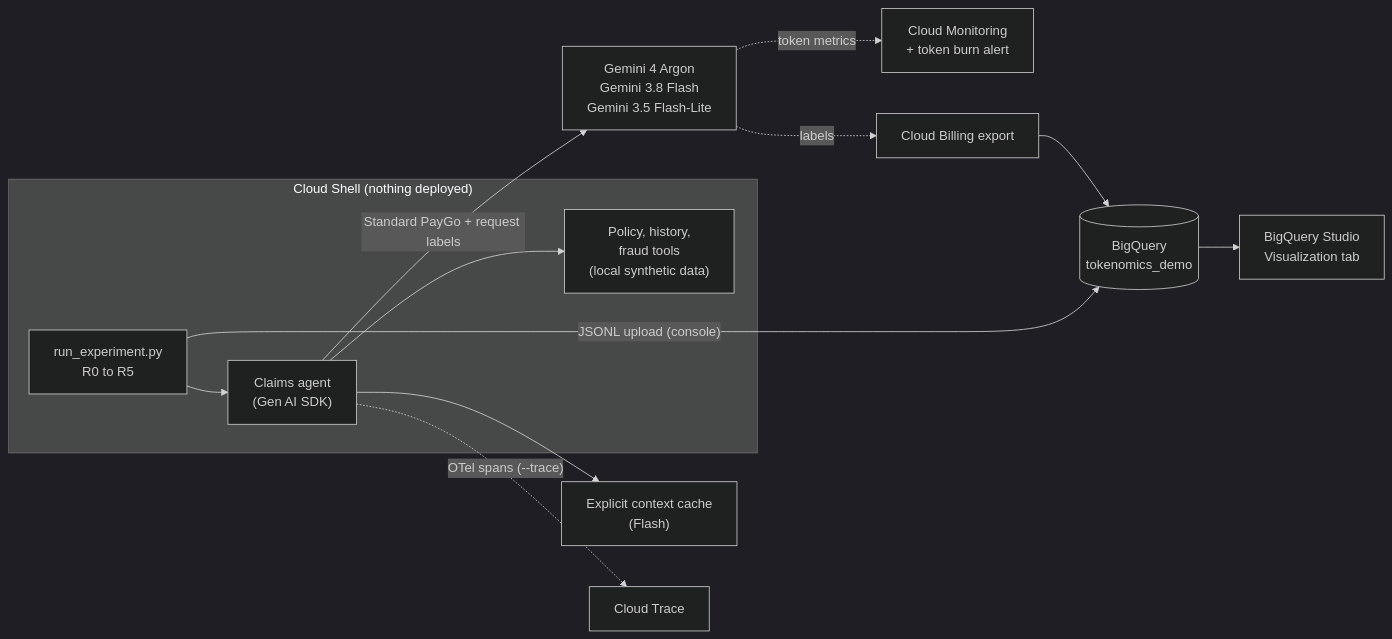
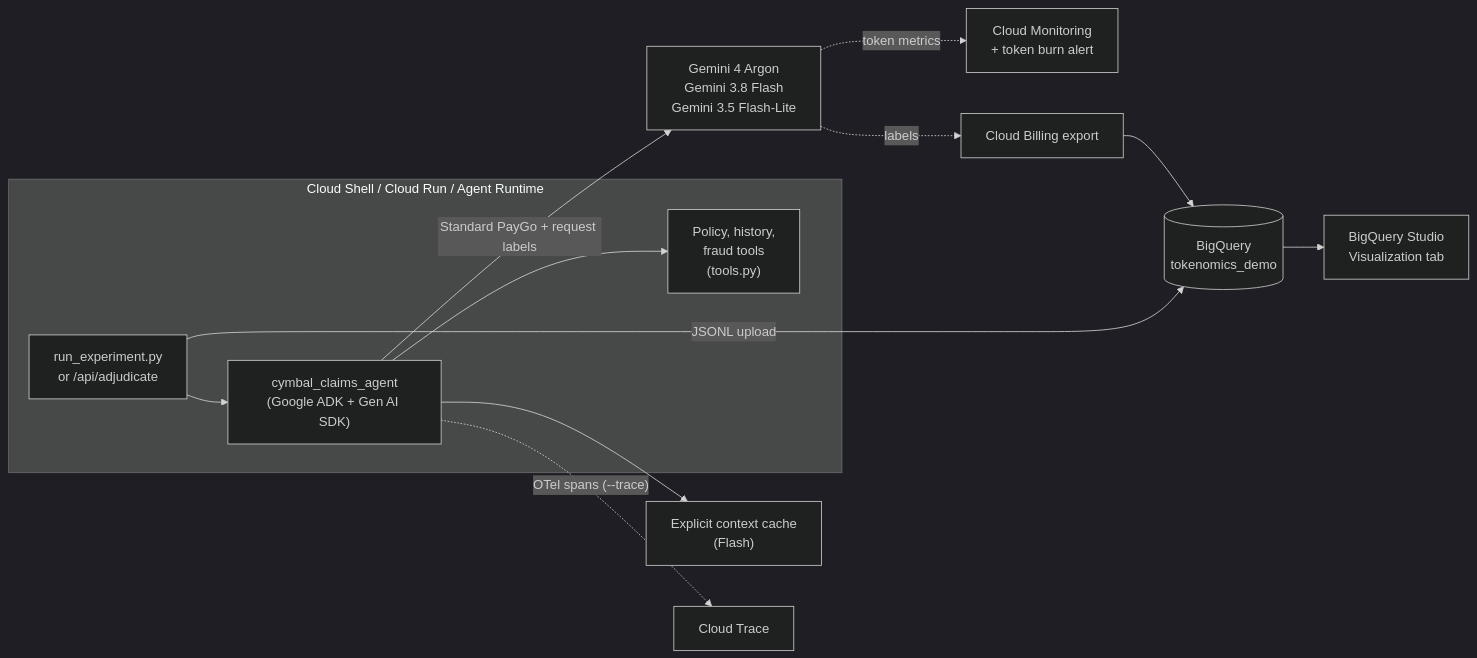
One commit to Rajdipc/tokenomics-paygo-demo changed the second of 2 diagrams in README.md. Above: the diagram before and after it, drawn with Mermaid (dark theme). The commit also changed other lines of this file and 20 other files, not shown here.

Commit message:
feat(agent,deploy): add Google ADK cymbal_claims_agent package & Cloud Run / Agent Runtime deployment scripts

````diff
--- a/README.md
+++ b/README.md
@@ -119,15 +239,15 @@
 ```mermaid
 flowchart LR
-  subgraph CS["Cloud Shell (nothing deployed)"]
-    R["run_experiment.py<br/>R0 to R5"] --> AG["Claims agent<br/>(Gen AI SDK)"]
-    AG --> T["Policy, history,<br/>fraud tools<br/>(local synthetic data)"]
+  subgraph RUNTIME["Cloud Shell / Cloud Run / Agent Runtime"]
+    R["run_experiment.py<br/>or /api/adjudicate"] --> AG["cymbal_claims_agent<br/>(Google ADK + Gen AI SDK)"]
+    AG --> T["Policy, history,<br/>fraud tools<br/>(tools.py)"]
   end
   AG -->|"Standard PayGo + request labels"| G["Gemini 4 Argon<br/>Gemini 3.8 Flash<br/>Gemini 3.5 Flash-Lite"]
   AG --> C["Explicit context cache<br/>(Flash)"]
   AG -. "OTel spans (--trace)" .-> TR["Cloud Trace"]
   G -. "token metrics" .-> M["Cloud Monitoring<br/>+ token burn alert"]
   G -. "labels" .-> B["Cloud Billing export"]
-  R -->|"JSONL upload (console)"| BQ[("BigQuery<br/>tokenomics_demo")]
+  R -->|"JSONL upload"| BQ[("BigQuery<br/>tokenomics_demo")]
   B --> BQ
   BQ --> V["BigQuery Studio<br/>Visualization tab"]
 ```
````
